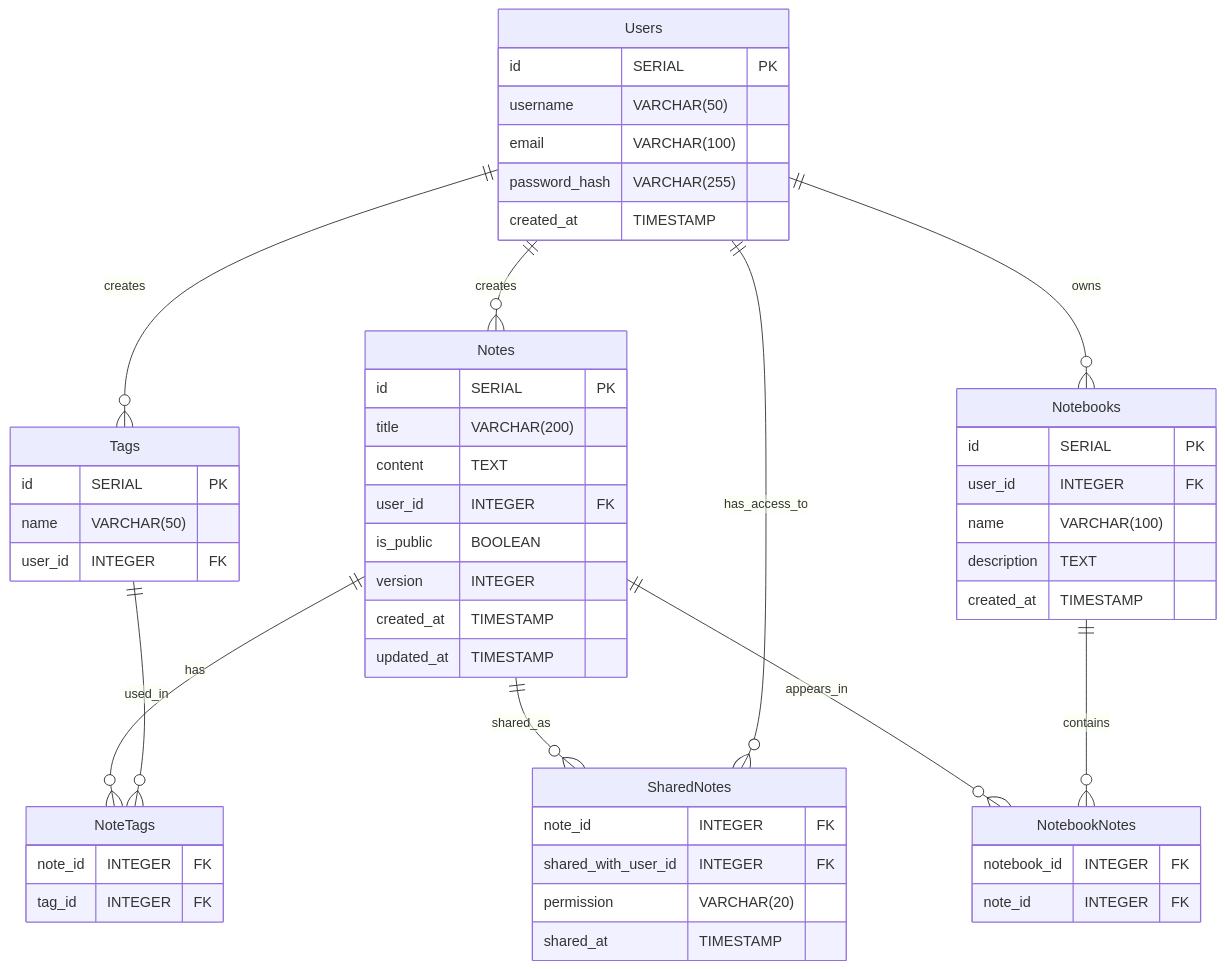
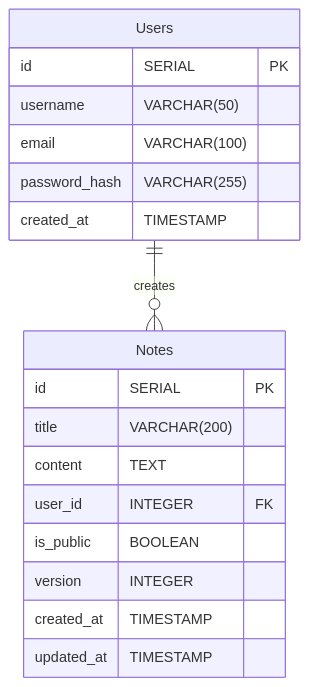
One commit to sonsonson110/note-app changed the diagram in be/readme.md. Above: the diagram before and after it, drawn with Mermaid. The commit also changed other lines of this file and 12 other files, not shown here.

````diff
--- a/be/readme.md
+++ b/be/readme.md
@@ -40,62 +40,23 @@
 ```mermaid
 erDiagram
     Users {
         id SERIAL PK
         username VARCHAR(50)
         email VARCHAR(100)
         password_hash VARCHAR(255)
         created_at TIMESTAMP
     }
 
     Notes {
         id SERIAL PK
         title VARCHAR(200)
         content TEXT
         user_id INTEGER FK
         is_public BOOLEAN
         version INTEGER
         created_at TIMESTAMP
         updated_at TIMESTAMP
     }
 
-    Notebooks {
-        id SERIAL PK
-        user_id INTEGER FK
-        name VARCHAR(100)
-        description TEXT
-        created_at TIMESTAMP
-    }
-
-    Tags {
-        id SERIAL PK
-        name VARCHAR(50)
-        user_id INTEGER FK
-    }
-
-    NotebookNotes {
-        notebook_id INTEGER FK
-        note_id INTEGER FK
-    }
-
-    NoteTags {
-        note_id INTEGER FK
-        tag_id INTEGER FK
-    }
-
-    SharedNotes {
-        note_id INTEGER FK
-        shared_with_user_id INTEGER FK
-        permission VARCHAR(20)
-        shared_at TIMESTAMP
-    }
-
     Users ||--o{ Notes : "creates"
-    Users ||--o{ Notebooks : "owns"
-    Users ||--o{ Tags : "creates"
-    Notes ||--o{ NoteTags : "has"
-    Tags ||--o{ NoteTags : "used_in"
-    Notes ||--o{ SharedNotes : "shared_as"
-    Users ||--o{ SharedNotes : "has_access_to"
-    Notes ||--o{ NotebookNotes : "appears_in"
-    Notebooks ||--o{ NotebookNotes : "contains"
 ```
````
